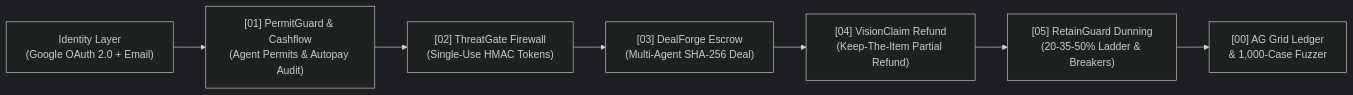
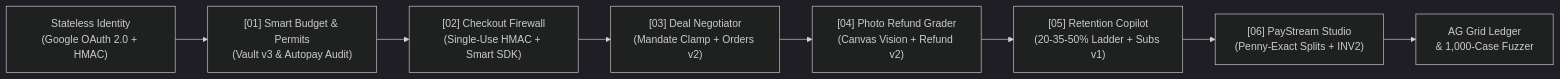
The diagram in README.md (A-P-S-Bhaidav/PayPal_Hackathon), drawn with Mermaid (dark theme) before and after one commit. The commit also changed other lines of this file and 34 other files, not shown here.

Commit message:
feat: upgrade AegisPay OS v2.0 with 6 live PayPal+AI modules, PayStream milestone studio, and bundled Vercel ESM API

````diff
--- a/README.md
+++ b/README.md
@@ -66,9 +67,10 @@
 ```mermaid
 flowchart LR
-    AUTH["Identity Layer\n(Google OAuth 2.0 + Email)"] --> S1
-    S1["[01] PermitGuard & Cashflow\n(Agent Permits & Autopay Audit)"] --> S2
-    S2["[02] ThreatGate Firewall\n(Single-Use HMAC Tokens)"] --> S3
-    S3["[03] DealForge Escrow\n(Multi-Agent SHA-256 Deal)"] --> S4
-    S4["[04] VisionClaim Refund\n(Keep-The-Item Partial Refund)"] --> S5
-    S5["[05] RetainGuard Dunning\n(20-35-50% Ladder & Breakers)"] --> AUDIT["[00] AG Grid Ledger\n& 1,000-Case Fuzzer"]
+    AUTH["Stateless Identity\n(Google OAuth 2.0 + HMAC)"] --> M1
+    M1["[01] Smart Budget & Permits\n(Vault v3 & Autopay Audit)"] --> M2
+    M2["[02] Checkout Firewall\n(Single-Use HMAC + Smart SDK)"] --> M3
+    M3["[03] Deal Negotiator\n(Mandate Clamp + Orders v2)"] --> M4
+    M4["[04] Photo Refund Grader\n(Canvas Vision + Refund v2)"] --> M5
+    M5["[05] Retention Copilot\n(20-35-50% Ladder + Subs v1)"] --> M6
+    M6["[06] PayStream Studio\n(Penny-Exact Splits + INV2)"] --> AUDIT["AG Grid Ledger\n& 1,000-Case Fuzzer"]
 ```
````
